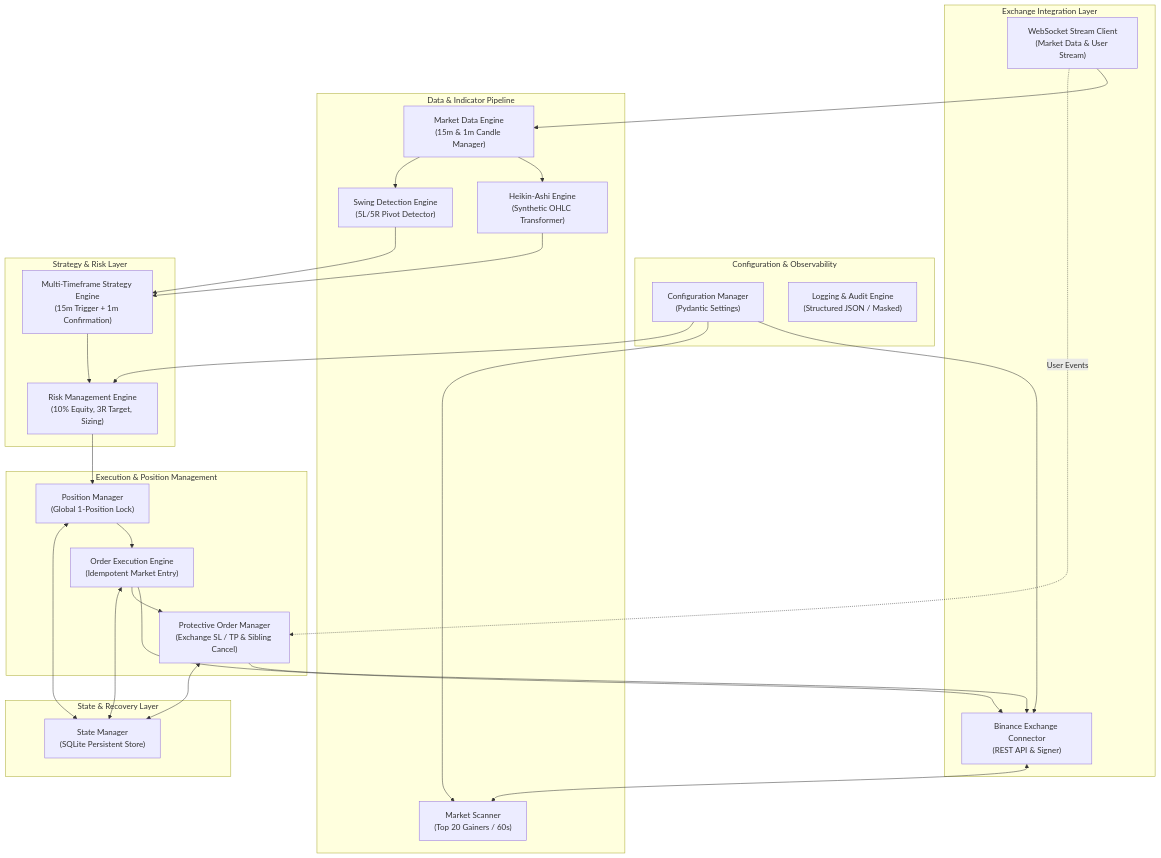
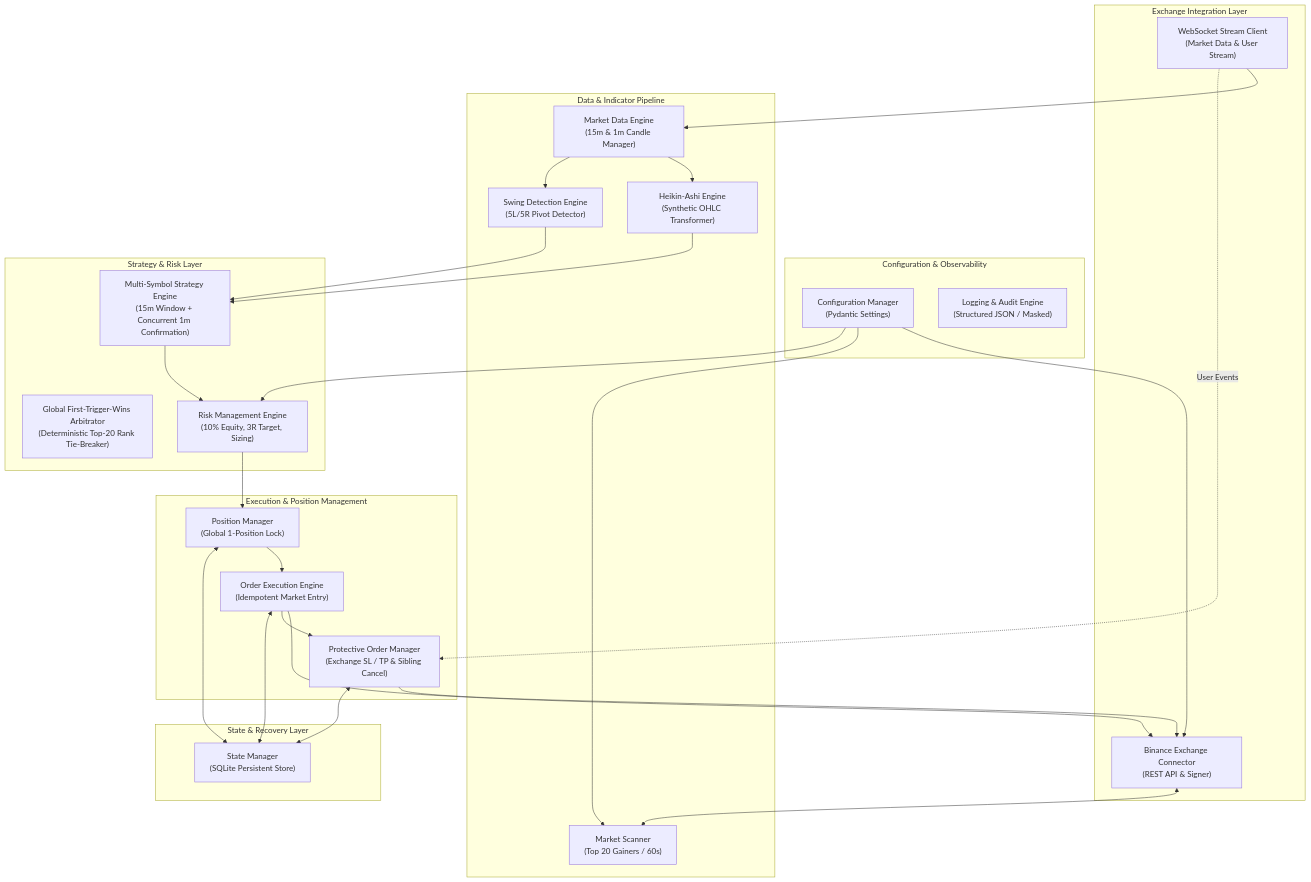
One commit to Sankar7567/bot_1 changed the first of 3 diagrams in docs/ARCHITECTURE.md. Above: the diagram before and after it, drawn with Mermaid. The commit also changed other lines of this file and 14 other files, not shown here.

````diff
--- a/docs/ARCHITECTURE.md
+++ b/docs/ARCHITECTURE.md
@@ -13,54 +13,55 @@
 ```mermaid
 flowchart TD
     subgraph ConfigAndMonitoring ["Configuration & Observability"]
         CM["Configuration Manager<br>(Pydantic Settings)"]
         LM["Logging & Audit Engine<br>(Structured JSON / Masked)"]
     end
 
     subgraph ExchangeLayer ["Exchange Integration Layer"]
         BEC["Binance Exchange Connector<br>(REST API & Signer)"]
         WSC["WebSocket Stream Client<br>(Market Data & User Stream)"]
     end
 
     subgraph DataPipeline ["Data & Indicator Pipeline"]
         MS["Market Scanner<br>(Top 20 Gainers / 60s)"]
         MDE["Market Data Engine<br>(15m & 1m Candle Manager)"]
         HAE["Heikin-Ashi Engine<br>(Synthetic OHLC Transformer)"]
         SDE["Swing Detection Engine<br>(5L/5R Pivot Detector)"]
     end
 
     subgraph DecisionLayer ["Strategy & Risk Layer"]
-        SE["Multi-Timeframe Strategy Engine<br>(15m Trigger + 1m Confirmation)"]
+        SE["Multi-Symbol Strategy Engine<br>(15m Window + Concurrent 1m Confirmation)"]
+        ARB["Global First-Trigger-Wins Arbitrator<br>(Deterministic Top-20 Rank Tie-Breaker)"]
         RME["Risk Management Engine<br>(10% Equity, 3R Target, Sizing)"]
     end
 
     subgraph ExecutionLayer ["Execution & Position Management"]
         EE["Order Execution Engine<br>(Idempotent Market Entry)"]
         POM["Protective Order Manager<br>(Exchange SL / TP & Sibling Cancel)"]
         PM["Position Manager<br>(Global 1-Position Lock)"]
     end
 
     subgraph PersistenceLayer ["State & Recovery Layer"]
         SM["State Manager<br>(SQLite Persistent Store)"]
     end
 
     CM --> BEC
     CM --> MS
     CM --> RME
     BEC <--> MS
     WSC --> MDE
     MDE --> HAE
     MDE --> SDE
     HAE --> SE
     SDE --> SE
     SE --> RME
     RME --> PM
     PM --> EE
     EE --> BEC
     EE --> POM
     POM --> BEC
     WSC -. User Events .-> POM
     PM <--> SM
     EE <--> SM
     POM <--> SM
 ```
````
